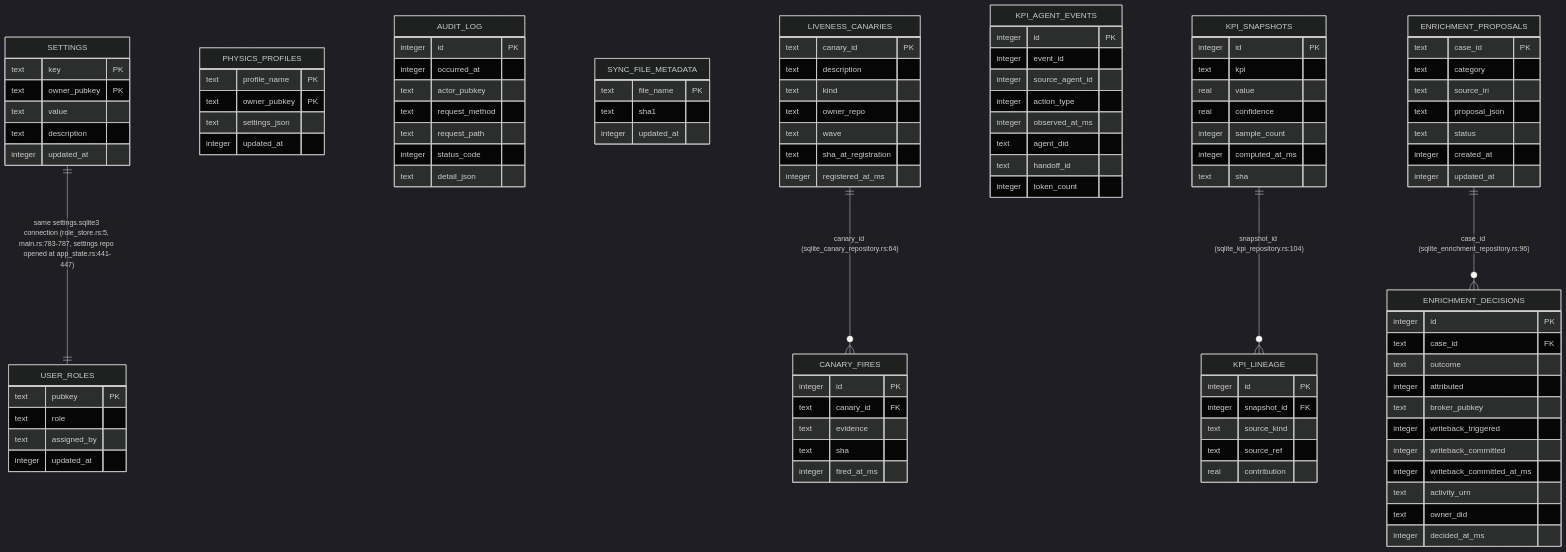
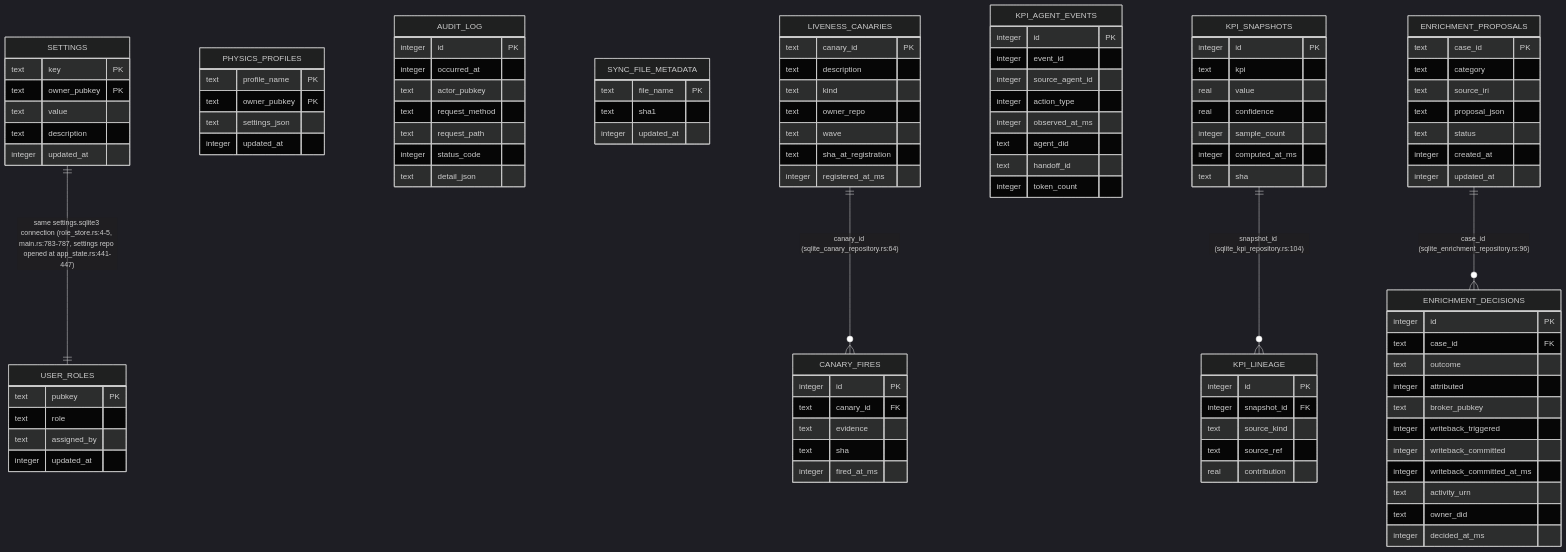
The second of 11 diagrams in docs/diagrams/visionclaw/22-data-authority-provenance-erasure.md (DreamLab-AI/VisionFlow), drawn with Mermaid (dark theme) before and after one commit. The commit also changed other lines of this file and 173 other files, not shown here.

````diff
--- a/docs/diagrams/visionclaw/22-data-authority-provenance-erasure.md
+++ b/docs/diagrams/visionclaw/22-data-authority-provenance-erasure.md
@@ -194,5 +197,5 @@
     ENRICHMENT_PROPOSALS ||--o{ ENRICHMENT_DECISIONS : "case_id (sqlite_enrichment_repository.rs:96)"
     LIVENESS_CANARIES ||--o{ CANARY_FIRES : "canary_id (sqlite_canary_repository.rs:64)"
     KPI_SNAPSHOTS ||--o{ KPI_LINEAGE : "snapshot_id (sqlite_kpi_repository.rs:104)"
-    SETTINGS ||--|| USER_ROLES : "same settings.sqlite3 connection (role_store.rs:5, main.rs:783-787, settings repo opened at app_state.rs:441-447)"
+    SETTINGS ||--|| USER_ROLES : "same settings.sqlite3 connection (role_store.rs:4-5, main.rs:783-787, settings repo opened at app_state.rs:441-447)"
 ```
````
